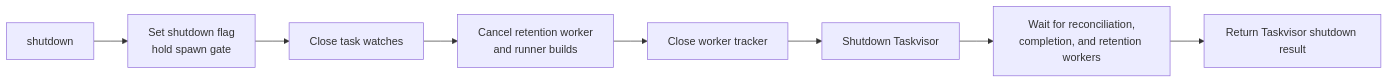
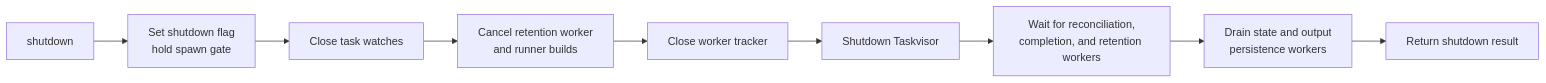
The eighth of 8 diagrams in crates/solti-core/ARCHITECTURE.md (soltiHQ/sdk), drawn with Mermaid before and after one commit. The commit also changed other lines of this file and 57 other files, not shown here.

````diff
--- a/crates/solti-core/ARCHITECTURE.md
+++ b/crates/solti-core/ARCHITECTURE.md
@@ -712,20 +731,22 @@
 ```mermaid
 %%{init: {"flowchart": {"curve": "linear"}}}%%
 flowchart LR
     Start["shutdown"]
     Fence["Set shutdown flag<br/>hold spawn gate"]
     Watches["Close task watches"]
     Retention["Cancel retention worker<br/>and runner builds"]
     Tracker["Close worker tracker"]
     Runtime["Shutdown Taskvisor"]
     Drain["Wait for reconciliation,<br/>completion, and retention workers"]
-    Result["Return Taskvisor shutdown result"]
+    Persistence["Drain state and output<br/>persistence workers"]
+    Result["Return shutdown result"]
 
     Start --> Fence
     Fence --> Watches
     Watches --> Retention
     Retention --> Tracker
     Tracker --> Runtime
     Runtime --> Drain
-    Drain --> Result
+    Drain --> Persistence
+    Persistence --> Result
 ```
````
